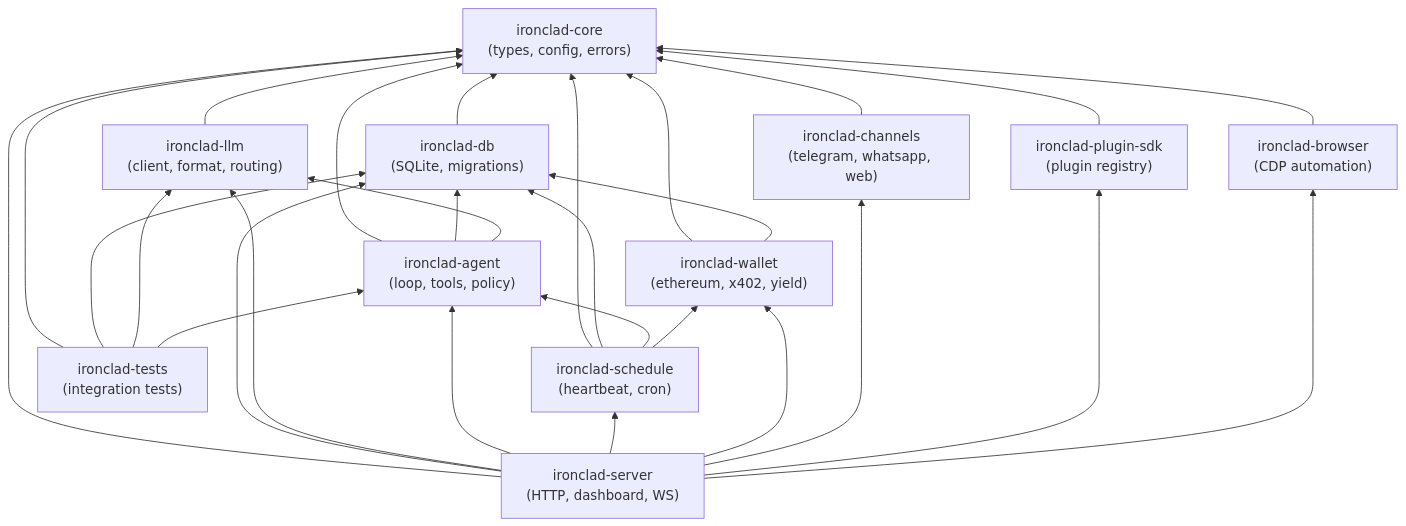
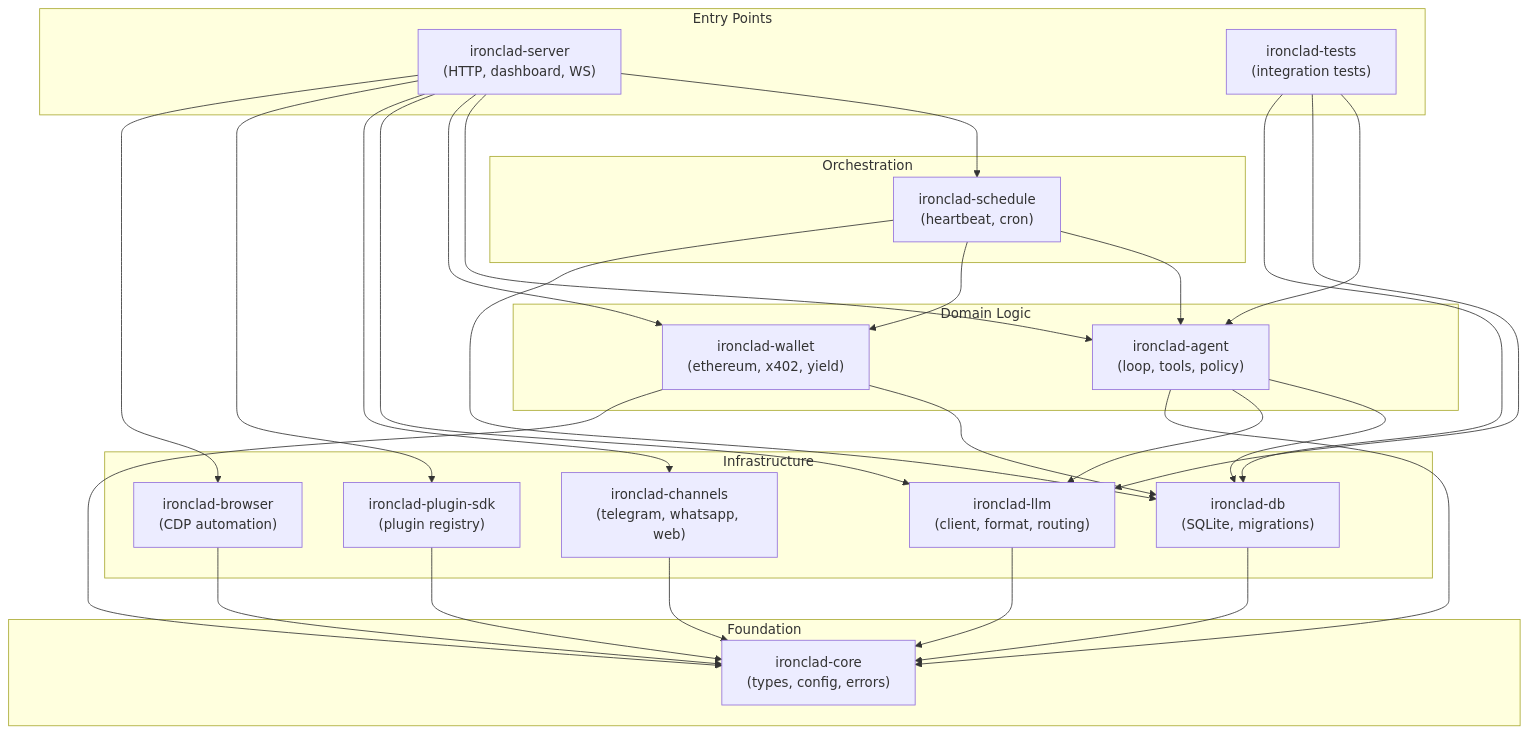
Before and after one commit to robot-accomplice/ironclad: the diagram in README.md, drawn with Mermaid.

Commit message:
docs: Update README.md to enhance dependency graph visualization
- Changed the dependency graph layout from a linear to a more structured subgraph format.
- Organized components into distinct categories: Entry Points, Orchestration, Domain Logic, Infrastructure, and Foundation for better clarity.
- Improved connections between components to reflect their relationships more accurately.

````diff
--- a/README.md
+++ b/README.md
@@ -51,32 +51,57 @@
 ```mermaid
-flowchart BT
-    CORE["ironclad-core<br/>(types, config, errors)"]
+flowchart TD
+    subgraph EntryPoints ["Entry Points"]
+        SERVER["ironclad-server<br/>(HTTP, dashboard, WS)"]
+        TESTS["ironclad-tests<br/>(integration tests)"]
+    end
 
-    DB["ironclad-db<br/>(SQLite, migrations)"]
-    LLM["ironclad-llm<br/>(client, format, routing)"]
-    CHANNELS["ironclad-channels<br/>(telegram, whatsapp, web)"]
-    PLUGIN_SDK["ironclad-plugin-sdk<br/>(plugin registry)"]
-    BROWSER["ironclad-browser<br/>(CDP automation)"]
+    subgraph Orchestration ["Orchestration"]
+        SCHED["ironclad-schedule<br/>(heartbeat, cron)"]
+    end
 
-    WALLET["ironclad-wallet<br/>(ethereum, x402, yield)"]
-    AGENT["ironclad-agent<br/>(loop, tools, policy)"]
+    subgraph DomainLogic ["Domain Logic"]
+        AGENT["ironclad-agent<br/>(loop, tools, policy)"]
+        WALLET["ironclad-wallet<br/>(ethereum, x402, yield)"]
+    end
 
-    SCHED["ironclad-schedule<br/>(heartbeat, cron)"]
+    subgraph Infrastructure ["Infrastructure"]
+        DB["ironclad-db<br/>(SQLite, migrations)"]
+        LLM["ironclad-llm<br/>(client, format, routing)"]
+        CHANNELS["ironclad-channels<br/>(telegram, whatsapp, web)"]
+        PLUGIN_SDK["ironclad-plugin-sdk<br/>(plugin registry)"]
+        BROWSER["ironclad-browser<br/>(CDP automation)"]
+    end
 
-    SERVER["ironclad-server<br/>(HTTP, dashboard, WS)"]
-    TESTS["ironclad-tests<br/>(integration tests)"]
+    subgraph Foundation ["Foundation"]
+        CORE["ironclad-core<br/>(types, config, errors)"]
+    end
+
+    SERVER --> SCHED
+    SERVER --> AGENT
+    SERVER --> WALLET
+    SERVER --> LLM
+    SERVER --> CHANNELS
+    SERVER --> PLUGIN_SDK
+    SERVER --> BROWSER
+
+    TESTS --> AGENT
+    TESTS --> LLM
+    TESTS --> DB
+
+    SCHED --> AGENT
+    SCHED --> WALLET
+    SCHED --> DB
+
+    AGENT --> DB
+    AGENT --> LLM
+
+    WALLET --> DB
 
     DB --> CORE
     LLM --> CORE
     CHANNELS --> CORE
     PLUGIN_SDK --> CORE
     BROWSER --> CORE
-
-    WALLET --> CORE & DB
-    AGENT --> CORE & DB & LLM
-
-    SCHED --> CORE & DB & AGENT & WALLET
-
-    SERVER --> CORE & DB & LLM & AGENT & SCHED & WALLET & CHANNELS & PLUGIN_SDK & BROWSER
-    TESTS --> CORE & DB & LLM & AGENT
+    WALLET --> CORE
+    AGENT --> CORE
 ```
````
